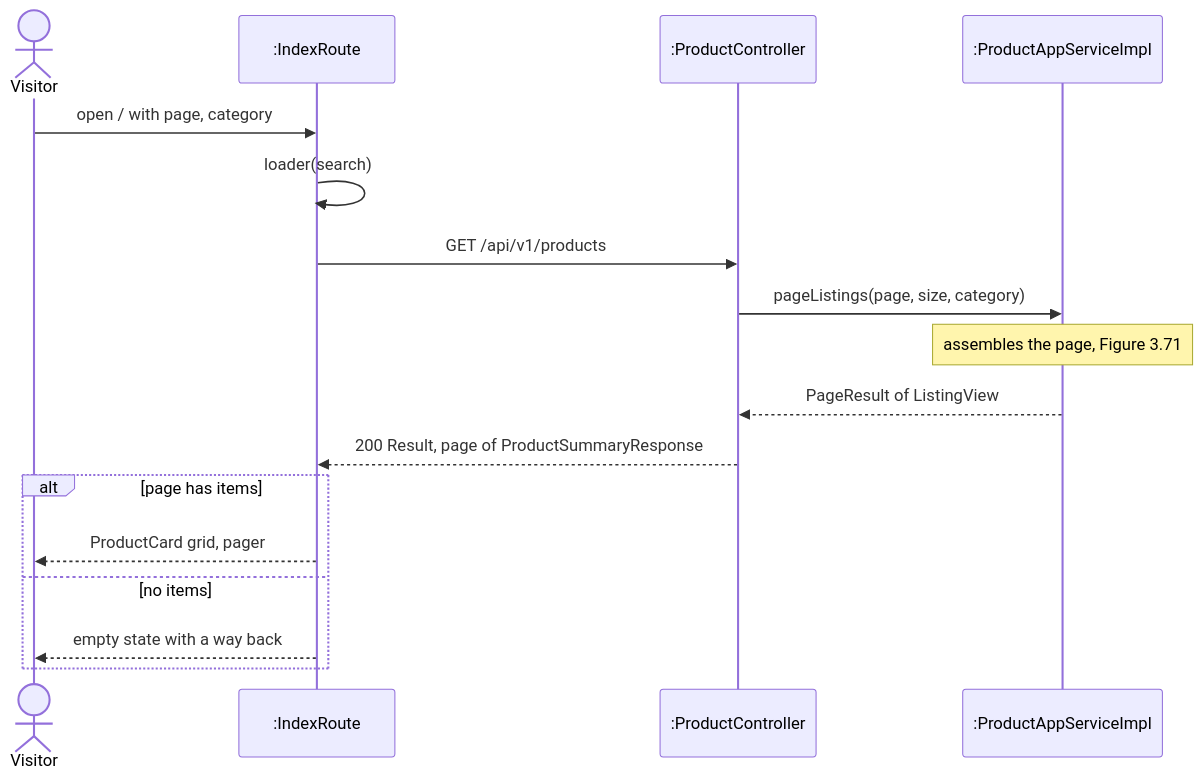
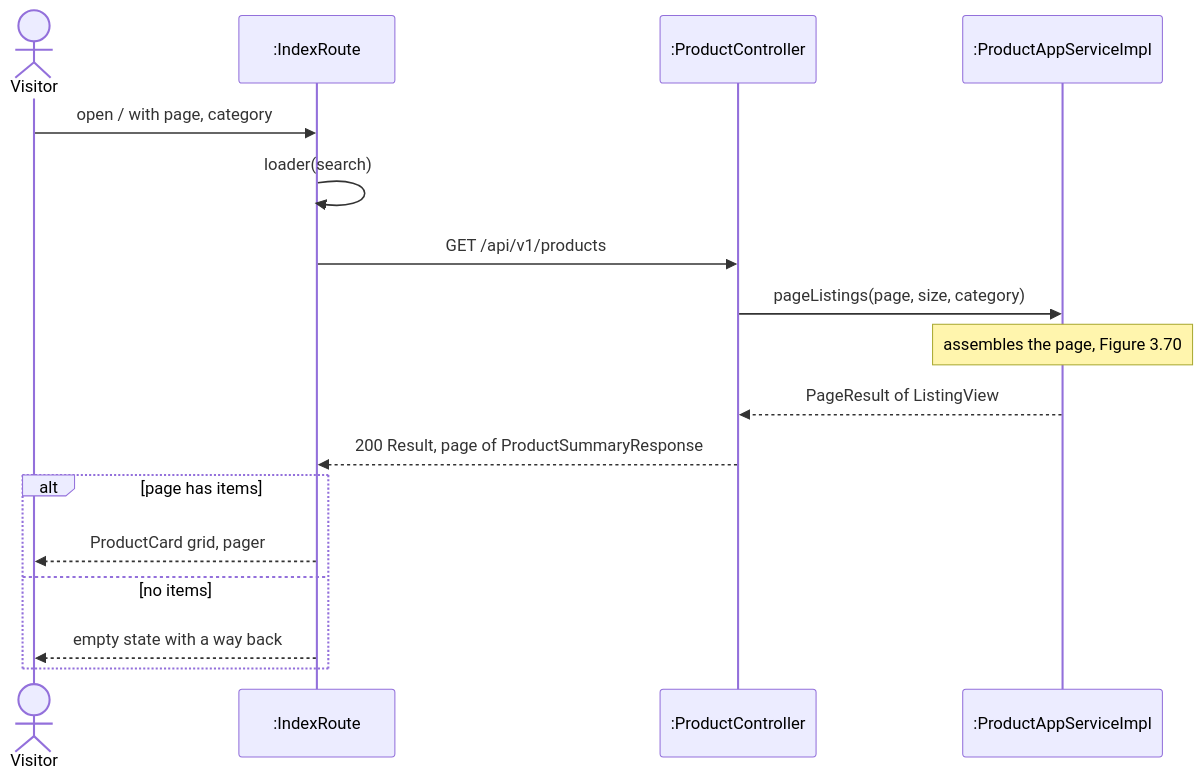
Diagram 12 of 18 in docs/swe5006/report/sections/03-4-3-pan.md (PPsyrius/iss-groupbuy-team8), drawn with Mermaid before and after one commit. The commit also changed other lines of this file and 12 other files, not shown here.

````diff
--- a/docs/swe5006/report/sections/03-4-3-pan.md
+++ b/docs/swe5006/report/sections/03-4-3-pan.md
@@ -571,19 +571,19 @@
 ```mermaid
 sequenceDiagram
     actor Visitor
     participant R as :IndexRoute
     participant PC as :ProductController
     participant AS as :ProductAppServiceImpl
     Visitor->>R: open / with page, category
     R->>R: loader(search)
     R->>PC: GET /api/v1/products
     PC->>AS: pageListings(page, size, category)
-    Note over AS: assembles the page, Figure 3.71
+    Note over AS: assembles the page, Figure 3.70
     AS-->>PC: PageResult of ListingView
     PC-->>R: 200 Result, page of ProductSummaryResponse
     alt page has items
         R-->>Visitor: ProductCard grid, pager
     else no items
         R-->>Visitor: empty state with a way back
     end
 ```
````
